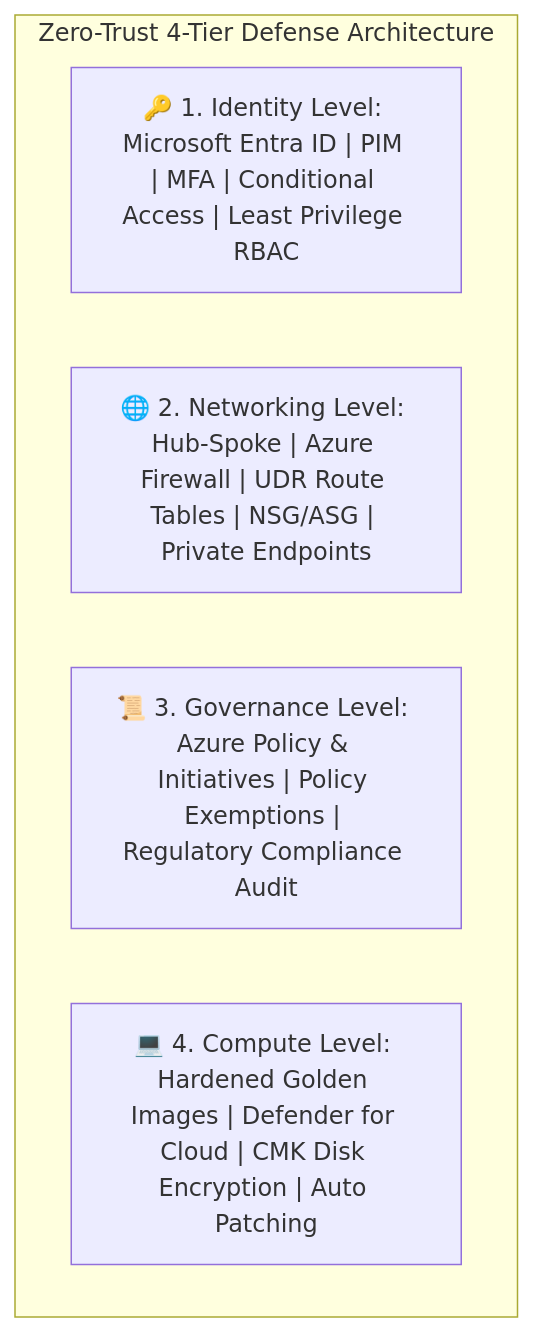
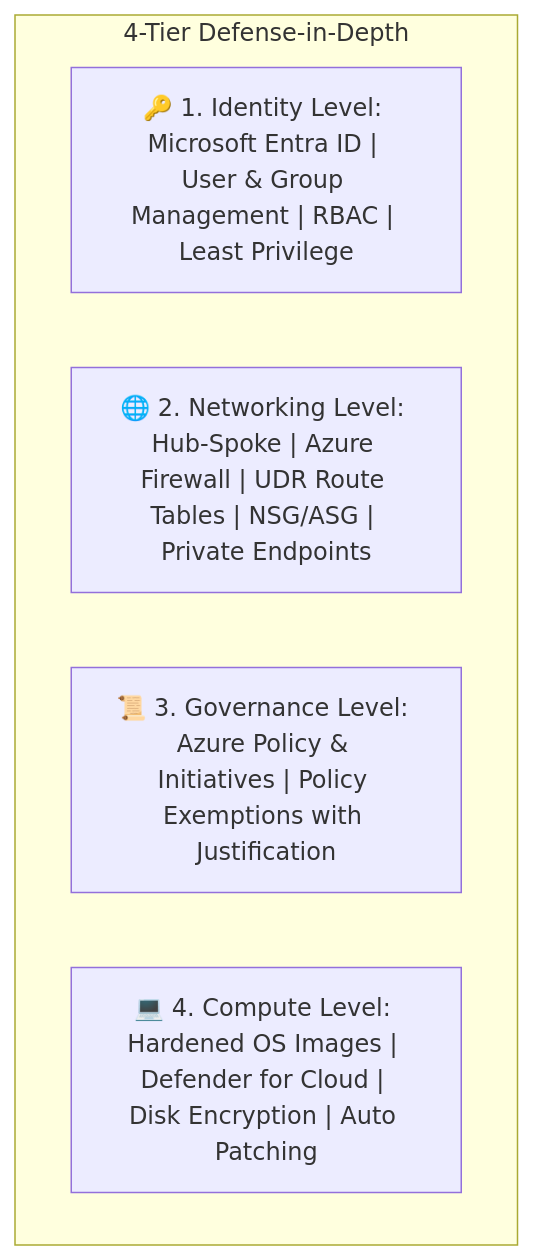
Before and after one commit to simikamble/simikamble: the fifth of 6 diagrams in README.md, drawn with Mermaid. The commit also changed other lines of this file, not shown here.

````diff
--- a/README.md
+++ b/README.md
@@ -250,9 +260,9 @@
 ```mermaid
 graph TD
-    subgraph DefenseInDepth["Zero-Trust 4-Tier Defense Architecture"]
-        Tier1["🔑 1. Identity Level: Microsoft Entra ID | PIM | MFA | Conditional Access | Least Privilege RBAC"]
+    subgraph SecurityDefense["4-Tier Defense-in-Depth"]
+        Tier1["🔑 1. Identity Level: Microsoft Entra ID | User & Group Management | RBAC | Least Privilege"]
         Tier2["🌐 2. Networking Level: Hub-Spoke | Azure Firewall | UDR Route Tables | NSG/ASG | Private Endpoints"]
-        Tier3["📜 3. Governance Level: Azure Policy & Initiatives | Policy Exemptions | Regulatory Compliance Audit"]
-        Tier4["💻 4. Compute Level: Hardened Golden Images | Defender for Cloud | CMK Disk Encryption | Auto Patching"]
+        Tier3["📜 3. Governance Level: Azure Policy & Initiatives | Policy Exemptions with Justification"]
+        Tier4["💻 4. Compute Level: Hardened OS Images | Defender for Cloud | Disk Encryption | Auto Patching"]
     end
 ```
````
